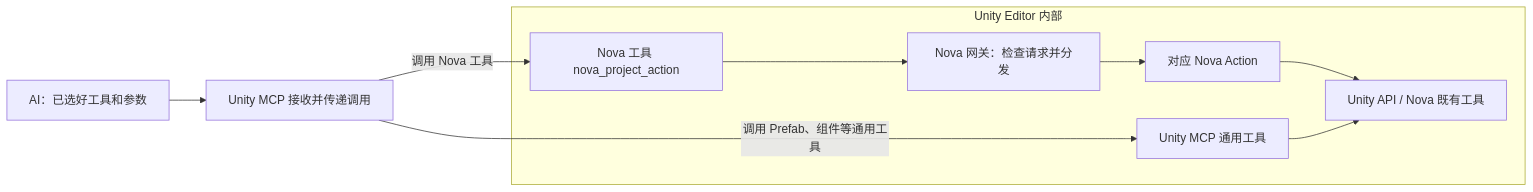
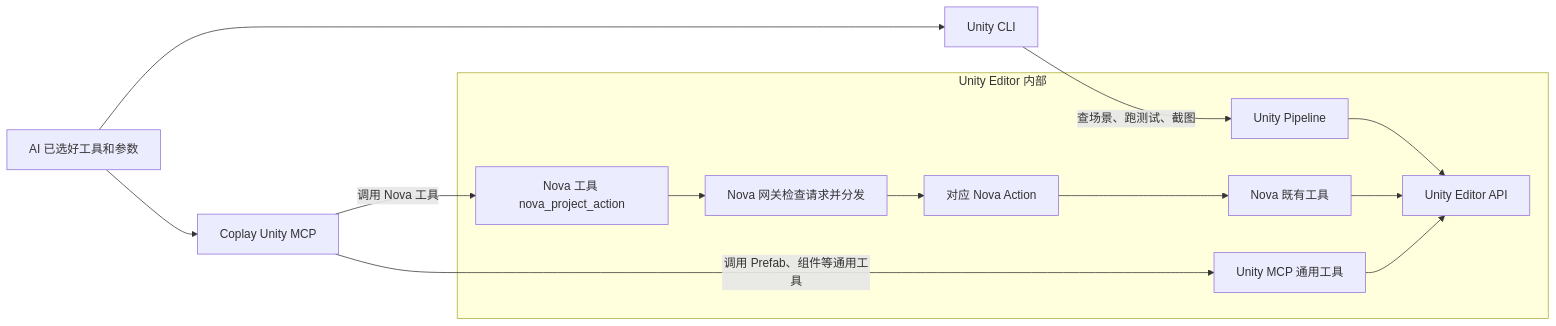
The second of 2 diagrams in Assets/Framework/Docs/Onboarding/AI_SKILLS_ACTIONS_MCP.md (solotopiax/nova), drawn with Mermaid before and after one commit. The commit also changed other lines of this file and 55 other files, not shown here.

````diff
--- a/Assets/Framework/Docs/Onboarding/AI_SKILLS_ACTIONS_MCP.md
+++ b/Assets/Framework/Docs/Onboarding/AI_SKILLS_ACTIONS_MCP.md
@@ -68,12 +66,15 @@
 ```mermaid
 flowchart LR
-    A["AI：已选好工具和参数"] --> M["Unity MCP 接收并传递调用"]
+    A["AI 已选好工具和参数"] --> C["Unity CLI"]
+    A --> M["Coplay Unity MCP"]
     subgraph E["Unity Editor 内部"]
-        N["Nova 工具 nova_project_action"] --> G["Nova 网关：检查请求并分发"]
+        P["Unity Pipeline"] --> API["Unity Editor API"]
+        N["Nova 工具 nova_project_action"] --> G["Nova 网关检查请求并分发"]
         G --> X["对应 Nova Action"]
-        X --> API["Unity API / Nova 既有工具"]
+        X --> T["Nova 既有工具"] --> API
         U["Unity MCP 通用工具"] --> API
     end
+    C -->|"查场景、跑测试、截图"| P
     M -->|"调用 Nova 工具"| N
     M -->|"调用 Prefab、组件等通用工具"| U
 ```
````
